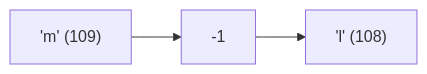
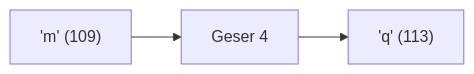
Before and after one commit to amnahwaida/OSNK_INF_PREP: the fourth of 25 diagrams in part-c-pemahaman-cpp/01-tipe-data/latihan/set-01.md, drawn with Mermaid. The commit also changed other lines of this file and 71 other files, not shown here.

````diff
--- a/part-c-pemahaman-cpp/01-tipe-data/latihan/set-01.md
+++ b/part-c-pemahaman-cpp/01-tipe-data/latihan/set-01.md
@@ -103,5 +107,5 @@
 ```mermaid
 graph LR
-A["'m' (109)"] --> B["-1"]
-B --> C["'l' (108)"]
+A["'m' (109)"] --> B["Geser 4"]
+B --> C["'q' (113)"]
 ```
````
